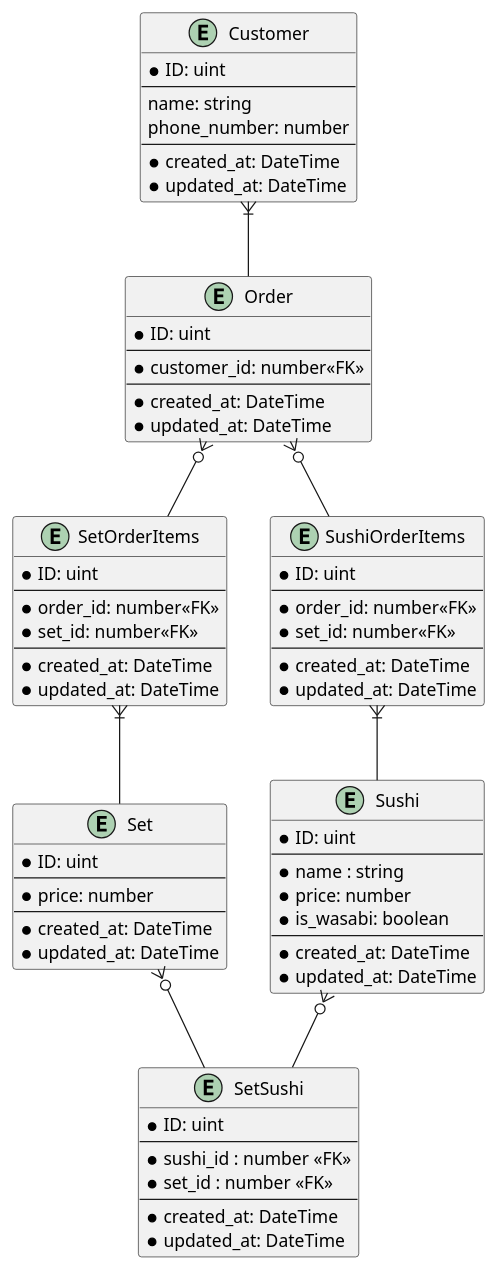
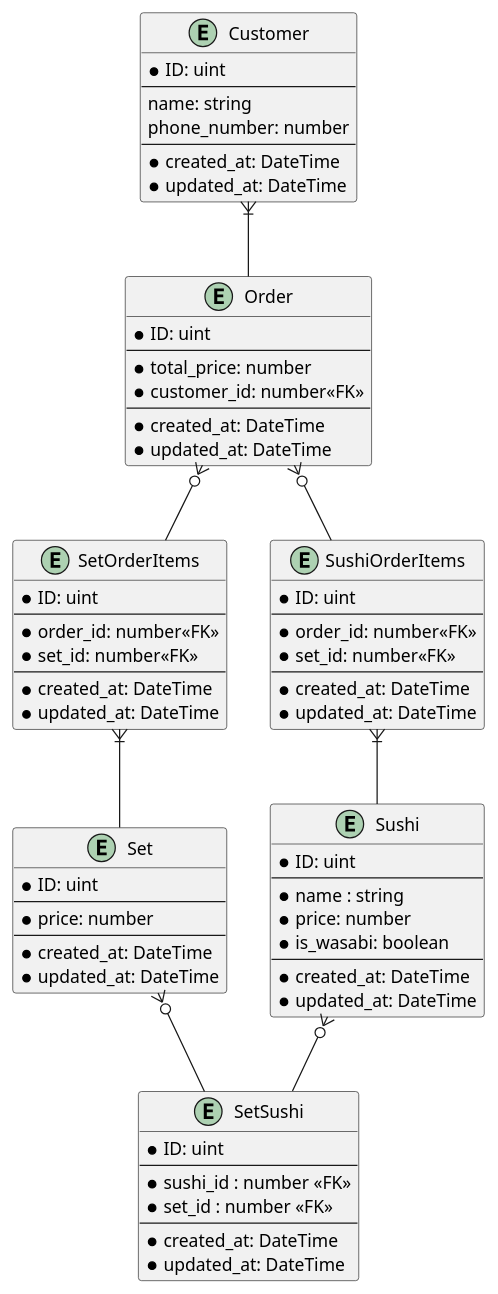
The diagram in db1/sushi.pu (K-Sato1995/praha-bc), drawn with PlantUML before and after one commit.

Commit message:
Add total price to order

```diff
--- a/db1/sushi.pu
+++ b/db1/sushi.pu
@@ -1,80 +1,81 @@
 @startuml
 entity Sushi {
   * ID: uint
   --
   * name : string
   * price: number
   * is_wasabi: boolean
   --
   * created_at: DateTime
   * updated_at: DateTime
 }
 
 entity Set {
   * ID: uint
   --
   * price: number
   --
   * created_at: DateTime
   * updated_at: DateTime
 }
 
 entity SetSushi {
   * ID: uint
   --
   * sushi_id : number <<FK>>
   * set_id : number <<FK>>
   --
   * created_at: DateTime
   * updated_at: DateTime
 }
 
 entity Order {
   * ID: uint
   --
+  * total_price: number
   * customer_id: number<<FK>>
   --
   * created_at: DateTime
   * updated_at: DateTime
 }
 
 entity SetOrderItems {
   * ID: uint
   --
   * order_id: number<<FK>>
   * set_id: number<<FK>>
   --
   * created_at: DateTime
   * updated_at: DateTime
 }
 
 entity SushiOrderItems {
   * ID: uint
   --
   * order_id: number<<FK>>
   * set_id: number<<FK>>
   --
   * created_at: DateTime
   * updated_at: DateTime
 }
 
 entity Customer {
   * ID: uint
   --
   name: string
   phone_number: number
   --
   * created_at: DateTime
   * updated_at: DateTime
 }
 
 Sushi }o-- SetSushi
 Set }o-- SetSushi
 
 Customer }|-- Order
 Order }o-- SetOrderItems
 Order }o-- SushiOrderItems
 
 SetOrderItems }|-- Set
 SushiOrderItems }|-- Sushi
 @enduml
```
